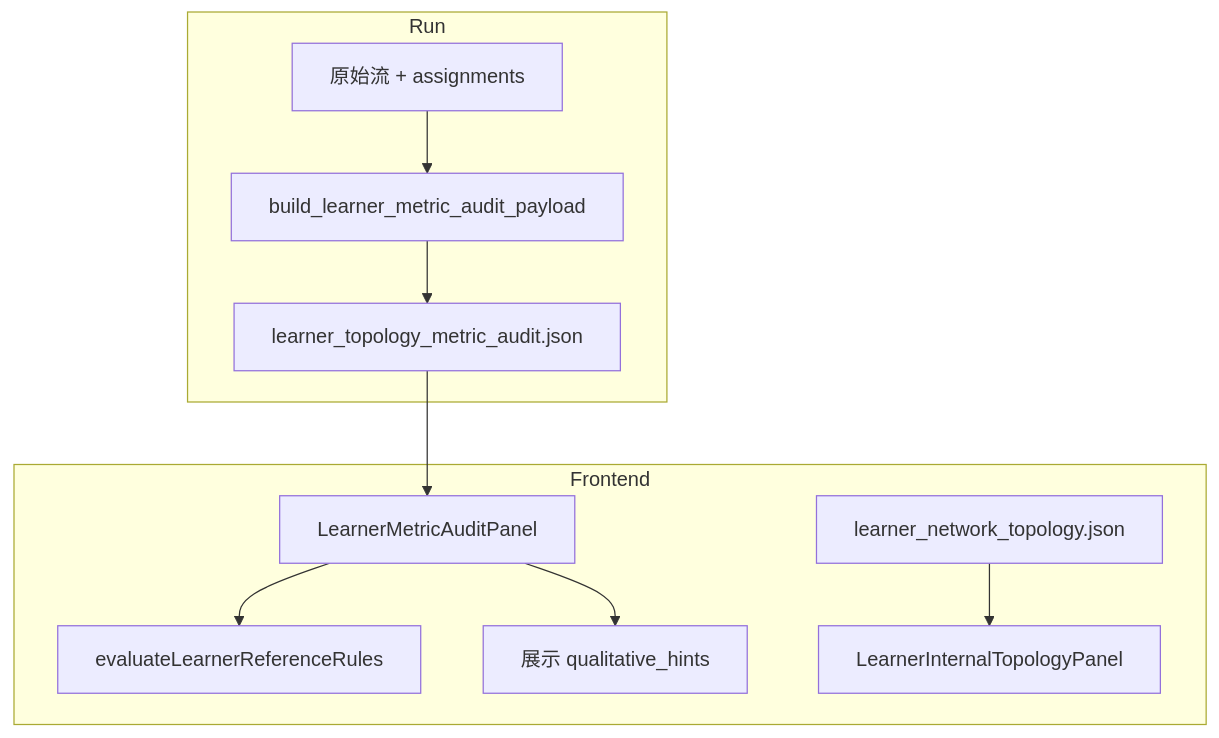
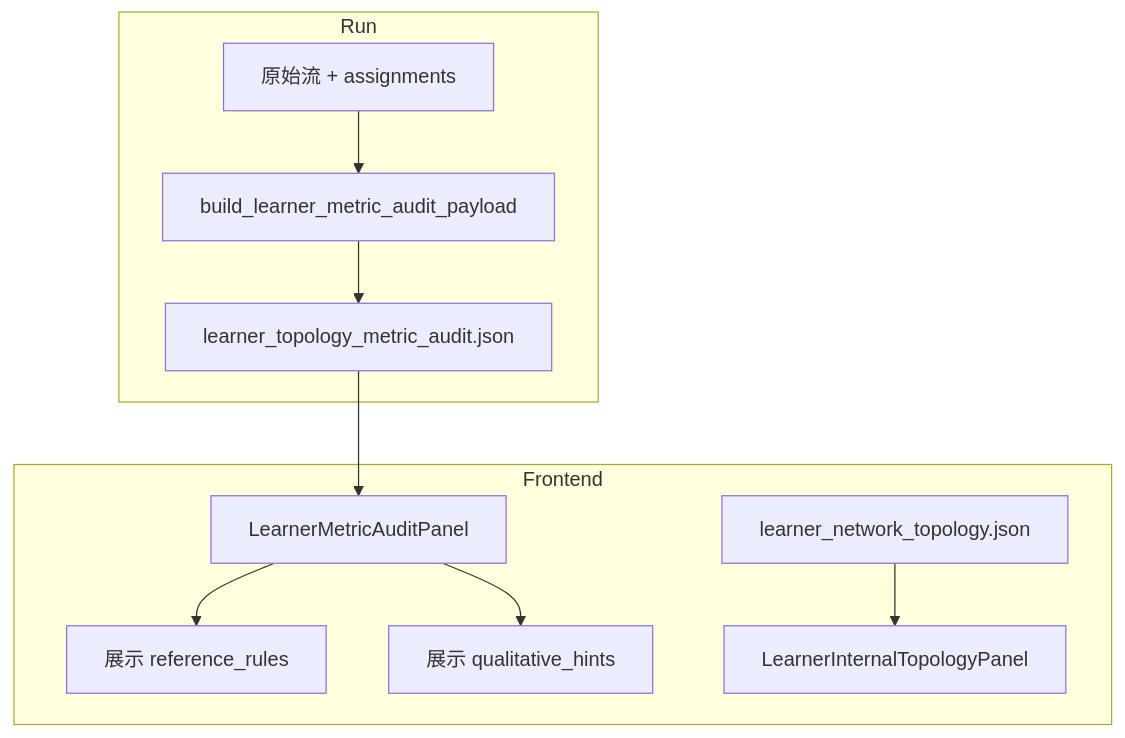
The second of 2 diagrams in LEARNER_QUALIFICATION_SCHEME.md (float1nt/trident), drawn with Mermaid before and after one commit. The commit also changed other lines of this file and 38 other files, not shown here.

````diff
--- a/LEARNER_QUALIFICATION_SCHEME.md
+++ b/LEARNER_QUALIFICATION_SCHEME.md
@@ -342,13 +345,13 @@
 ```mermaid
 flowchart TB
   subgraph Run
     R[原始流 + assignments] --> M[build_learner_metric_audit_payload]
     M --> J[learner_topology_metric_audit.json]
   end
   subgraph Frontend
     J --> P[LearnerMetricAuditPanel]
-    P --> Q[evaluateLearnerReferenceRules]
+    P --> Q[展示 reference_rules]
     P --> H[展示 qualitative_hints]
     T[learner_network_topology.json] --> G[LearnerInternalTopologyPanel]
   end
 ```
````
